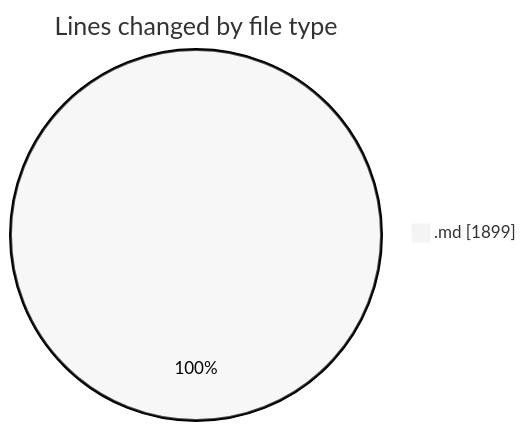
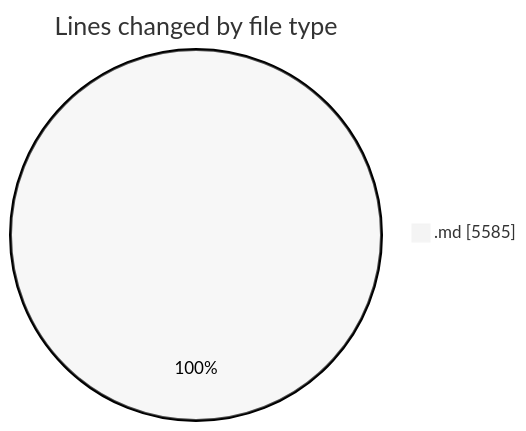
One commit to Ritupan-Deka/code-tracking changed the first of 2 diagrams in 2025-07-18/urlwebwala_intership_work/README.md. Above: the diagram before and after it, drawn with Mermaid (neutral theme). The commit also changed other lines of this file and 1 other file, not shown here.

````diff
--- a/2025-07-18/urlwebwala_intership_work/README.md
+++ b/2025-07-18/urlwebwala_intership_work/README.md
@@ -21,5 +21,5 @@
 ```mermaid
 pie showData
 title Lines changed by file type
-".md" : 1899
+".md" : 5585
 ```
````
